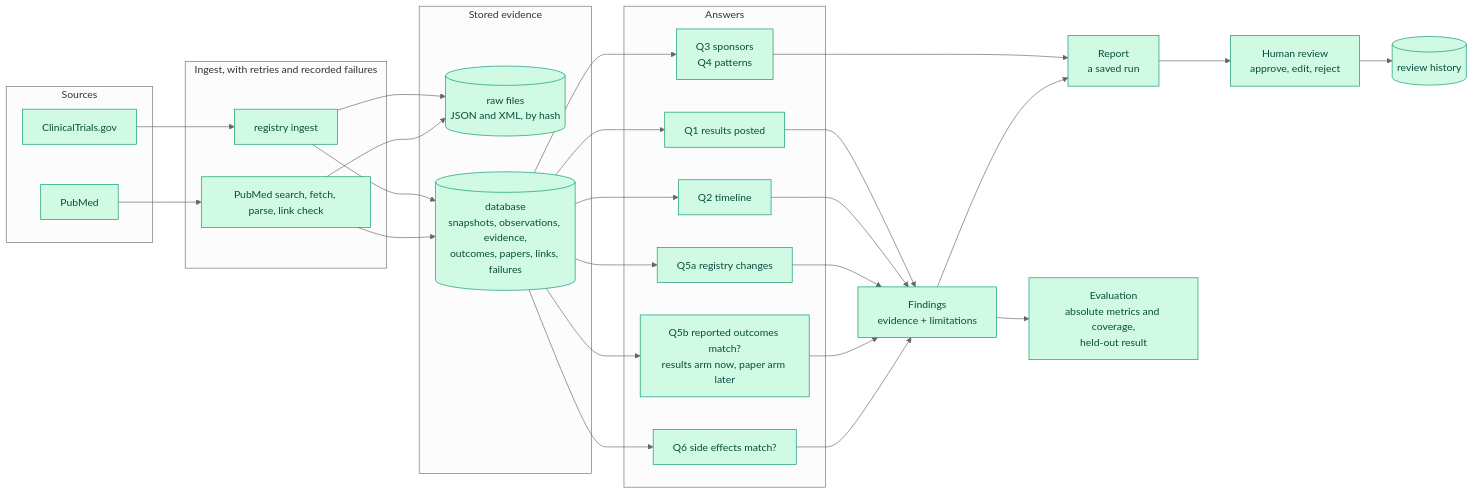
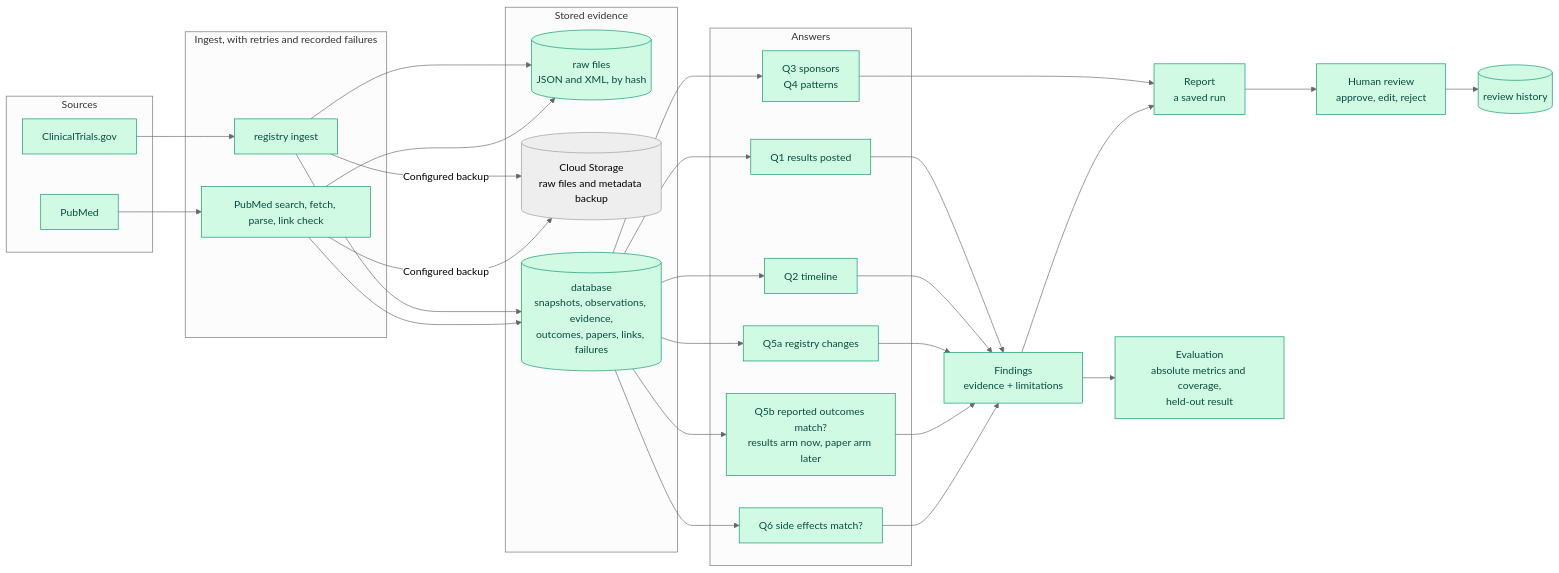
One commit to vthottempudi1/TrialTrace changed diagram 11 of 11 in docs/WORKFLOWS.md. Above: the diagram before and after it, drawn with Mermaid (neutral theme). The commit also changed other lines of this file and 14 other files, not shown here.

Commit message:
Outcome overview, sort by risk, raw backup to Cloud Storage

````diff
--- a/docs/WORKFLOWS.md
+++ b/docs/WORKFLOWS.md
@@ -278,56 +307,59 @@
 ```mermaid
 flowchart LR
   subgraph SRC["Sources"]
     CT["ClinicalTrials.gov"]
     PM["PubMed"]
   end
 
   subgraph ING["Ingest, with retries and recorded failures"]
     I1["registry ingest"]
     I2["PubMed search, fetch, parse, link check"]
   end
 
   subgraph STORE["Stored evidence"]
     RAW[("raw files<br/>JSON and XML, by hash")]
+    GCS[("Cloud Storage<br/>raw files and metadata backup")]
     TBL[("database<br/>snapshots, observations, evidence,<br/>outcomes, papers, links, failures")]
   end
 
   subgraph ANS["Answers"]
     A1["Q1 results posted"]
     A2["Q2 timeline"]
     A3["Q3 sponsors<br/>Q4 patterns"]
     A4["Q5a registry changes"]
     A5["Q5b reported outcomes match?<br/>results arm now, paper arm later"]
     A6["Q6 side effects match?"]
   end
 
   CT --> I1
   PM --> I2
   I1 --> RAW
   I2 --> RAW
+  I1 -->|"Configured backup"| GCS
+  I2 -->|"Configured backup"| GCS
   I1 --> TBL
   I2 --> TBL
   TBL --> A1
   TBL --> A2
   TBL --> A3
   TBL --> A4
   TBL --> A5
   TBL --> A6
 
   A1 --> FD["Findings<br/>evidence + limitations"]
   A2 --> FD
   A3 --> RP
   A4 --> FD
   A5 --> FD
   A6 --> FD
   FD --> RP["Report<br/>a saved run"]
   RP --> RV["Human review<br/>approve, edit, reject"]
   RV --> HIST[("review history")]
   FD --> EV["Evaluation<br/>absolute metrics and coverage,<br/>held-out result"]
 
   classDef built fill:#d1fae5,stroke:#059669,color:#064e3b
   classDef next fill:#fef3c7,stroke:#d97706,color:#78350f
   classDef planned fill:#e5e7eb,stroke:#6b7280,color:#374151
   class CT,PM,I1,I2,RAW,TBL,A1,A2,A3,A4,FD,RP,RV,HIST built
   class A5,A6,EV built
 ```
````
